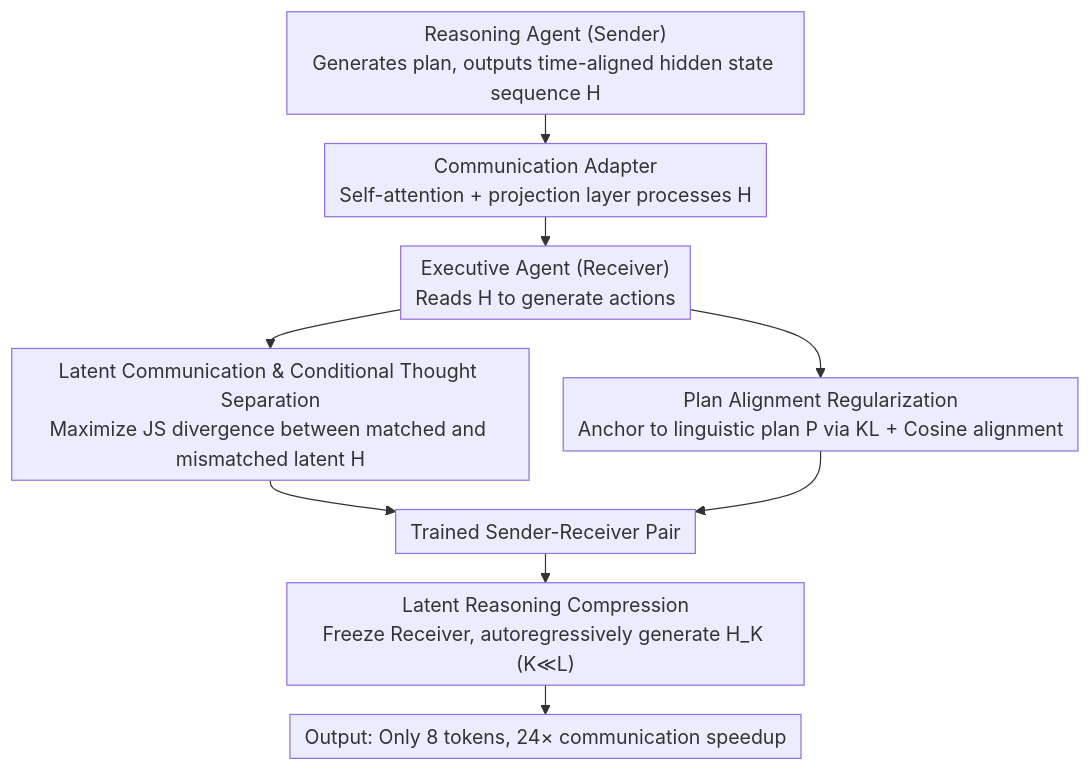
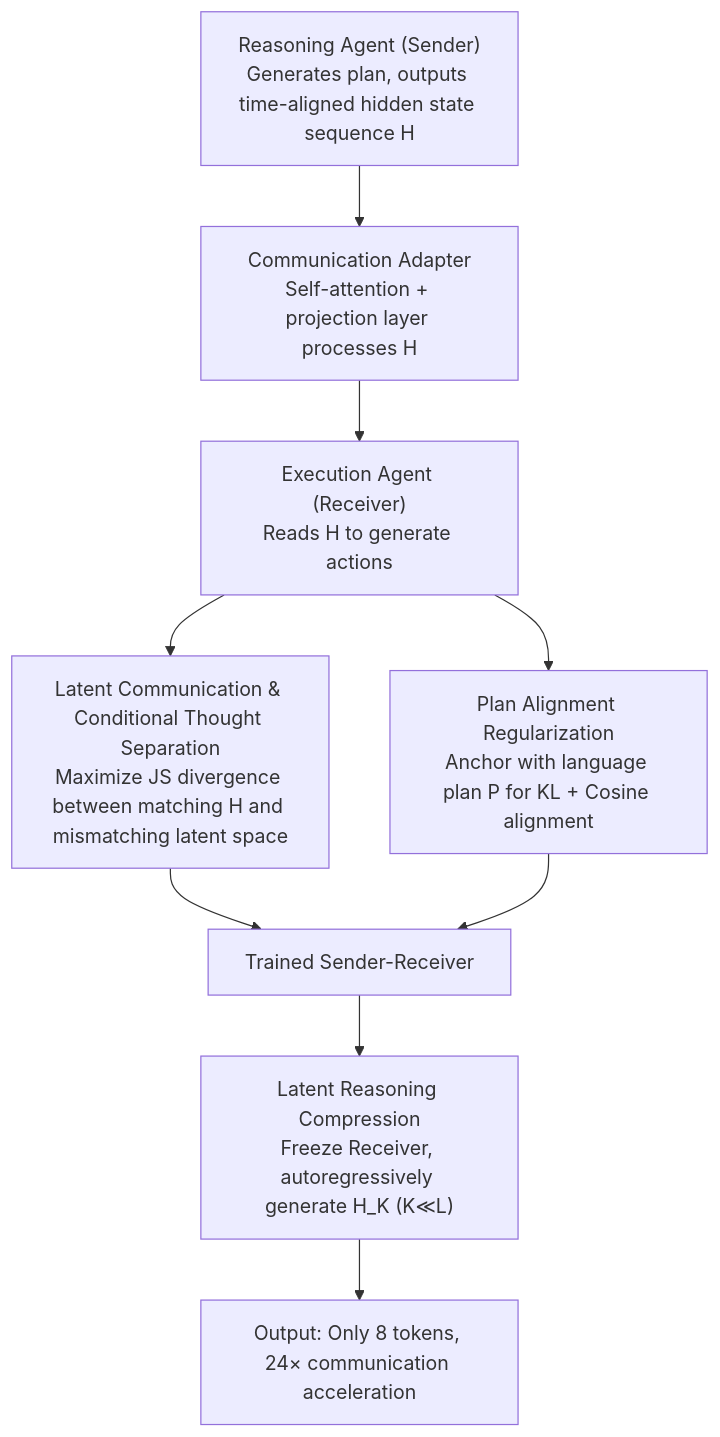
Before and after one commit to zhaoyang97/Paper-Notes-en: the diagram in docs/ACL2026/model_compression/enabling_agents_to_communicate_entirely_in_latent_space.md, drawn with Mermaid. The commit also changed other lines of this file and 5084 other files, not shown here.

````diff
--- a/docs/ACL2026/model_compression/enabling_agents_to_communicate_entirely_in_latent_space.md
+++ b/docs/ACL2026/model_compression/enabling_agents_to_communicate_entirely_in_latent_space.md
@@ -46,12 +46,11 @@
 ```mermaid
-%%{init: {'flowchart': {'rankSpacing': 24, 'nodeSpacing': 28, 'padding': 6, 'wrappingWidth': 400}}}%%
-flowchart TD
+graph TD
     A["Reasoning Agent (Sender)<br/>Generates plan, outputs time-aligned hidden state sequence H"] --> B["Communication Adapter<br/>Self-attention + projection layer processes H"]
-    B --> C["Executive Agent (Receiver)<br/>Reads H to generate actions"]
-    C --> D["Latent Communication & Conditional Thought Separation<br/>Maximize JS divergence between matched and mismatched latent H"]
-    C --> E["Plan Alignment Regularization<br/>Anchor to linguistic plan P via KL + Cosine alignment"]
-    D --> F["Trained Sender-Receiver Pair"]
+    B --> C["Execution Agent (Receiver)<br/>Reads H to generate actions"]
+    C --> D["Latent Communication & Conditional Thought Separation<br/>Maximize JS divergence between matching H and mismatching latent space"]
+    C --> E["Plan Alignment Regularization<br/>Anchor with language plan P for KL + Cosine alignment"]
+    D --> F["Trained Sender-Receiver"]
     E --> F
     F --> G["Latent Reasoning Compression<br/>Freeze Receiver, autoregressively generate H_K (K≪L)"]
-    G --> H["Output: Only 8 tokens, 24× communication speedup"]
+    G --> H["Output: Only 8 tokens, 24× communication acceleration"]
 ```
````
